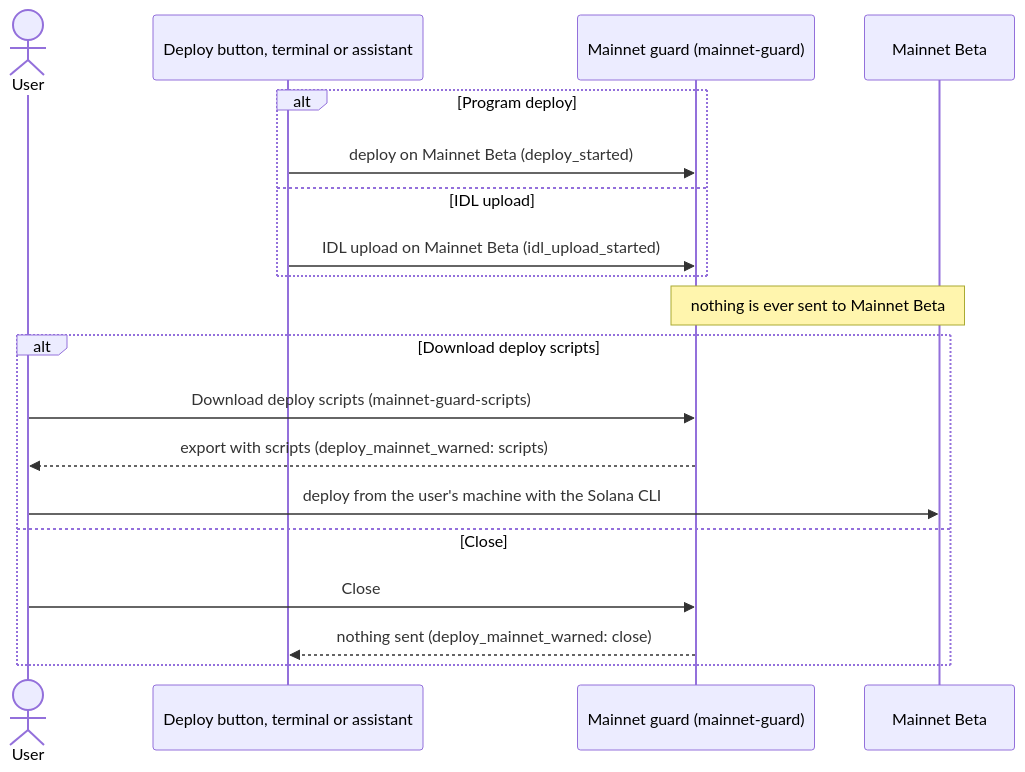
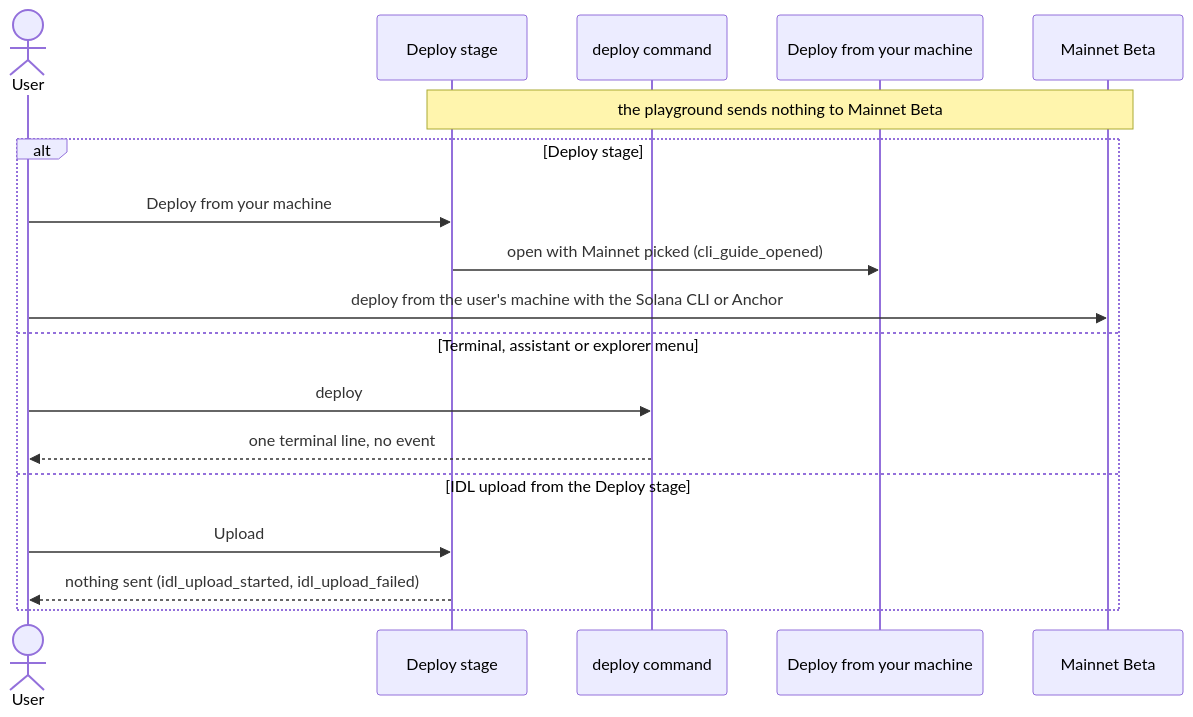
One commit to solana-foundation/solana-playground changed the third of 3 diagrams in openspec/changes/wbdi-flow/design.md. Above: the diagram before and after it, drawn with Mermaid. The commit also changed other lines of this file and 10 other files, not shown here.

Commit message:
docs(openspec): finish or close unfinished IDL uploads, and offer anchor legacy-idl fetch and close

````diff
--- a/openspec/changes/wbdi-flow/design.md
+++ b/openspec/changes/wbdi-flow/design.md
@@ -143,21 +172,20 @@
 ```mermaid
 sequenceDiagram
   actor User
-  participant Start as Deploy button, terminal or assistant
-  participant Guard as Mainnet guard (mainnet-guard)
+  participant Stage as Deploy stage
+  participant Command as deploy command
+  participant Dialog as Deploy from your machine
   participant Chain as Mainnet Beta
-  alt Program deploy
-    Start->>Guard: deploy on Mainnet Beta (deploy_started)
-  else IDL upload
-    Start->>Guard: IDL upload on Mainnet Beta (idl_upload_started)
-  end
-  Note over Guard,Chain: nothing is ever sent to Mainnet Beta
-  alt Download deploy scripts
-    User->>Guard: Download deploy scripts (mainnet-guard-scripts)
-    Guard-->>User: export with scripts (deploy_mainnet_warned: scripts)
-    User->>Chain: deploy from the user's machine with the Solana CLI
-  else Close
-    User->>Guard: Close
-    Guard-->>Start: nothing sent (deploy_mainnet_warned: close)
+  Note over Stage,Chain: the playground sends nothing to Mainnet Beta
+  alt Deploy stage
+    User->>Stage: Deploy from your machine
+    Stage->>Dialog: open with Mainnet picked (cli_guide_opened)
+    User->>Chain: deploy from the user's machine with the Solana CLI or Anchor
+  else Terminal, assistant or explorer menu
+    User->>Command: deploy
+    Command-->>User: one terminal line, no event
+  else IDL upload from the Deploy stage
+    User->>Stage: Upload
+    Stage-->>User: nothing sent (idl_upload_started, idl_upload_failed)
   end
 ```
````
